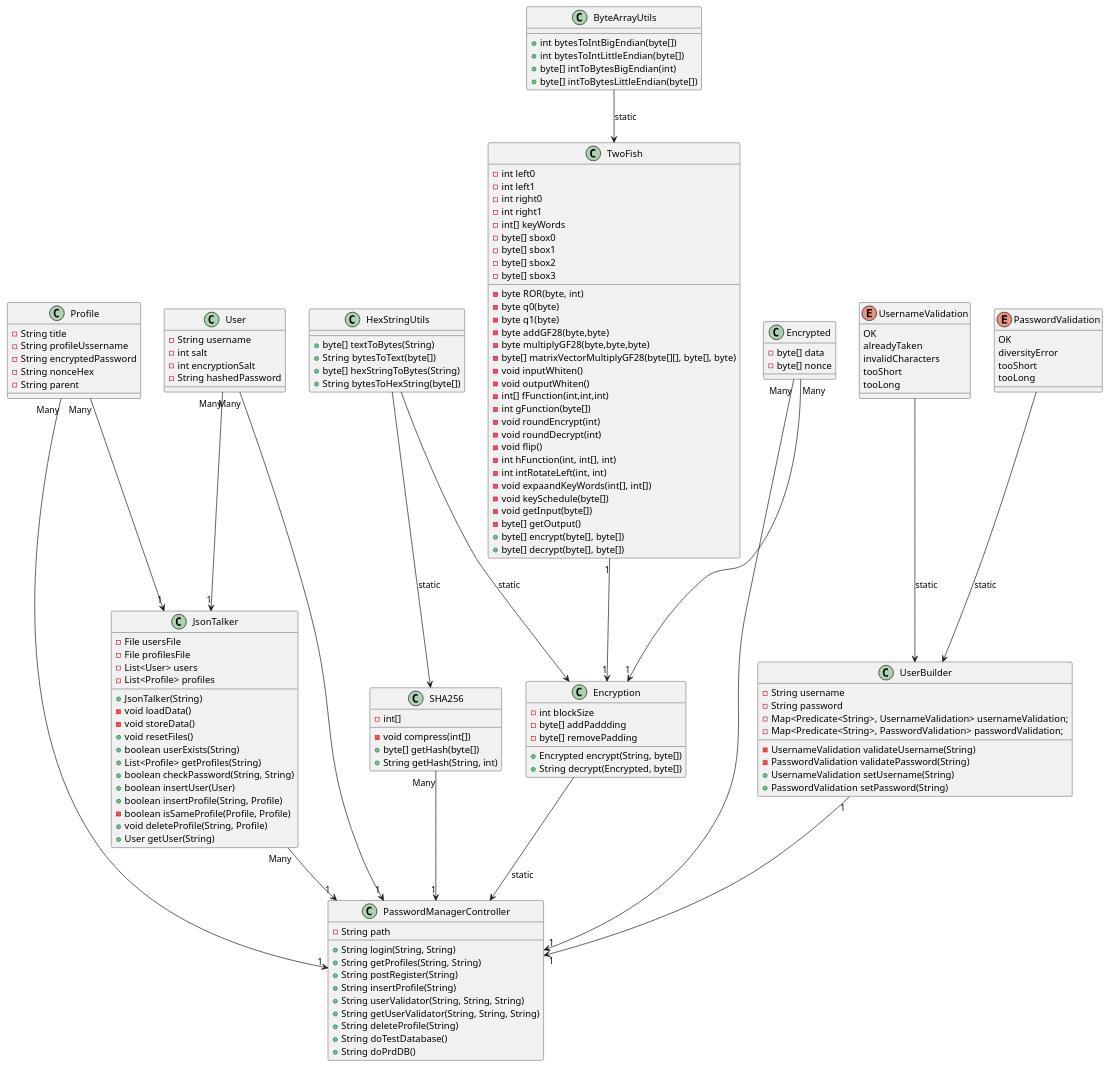
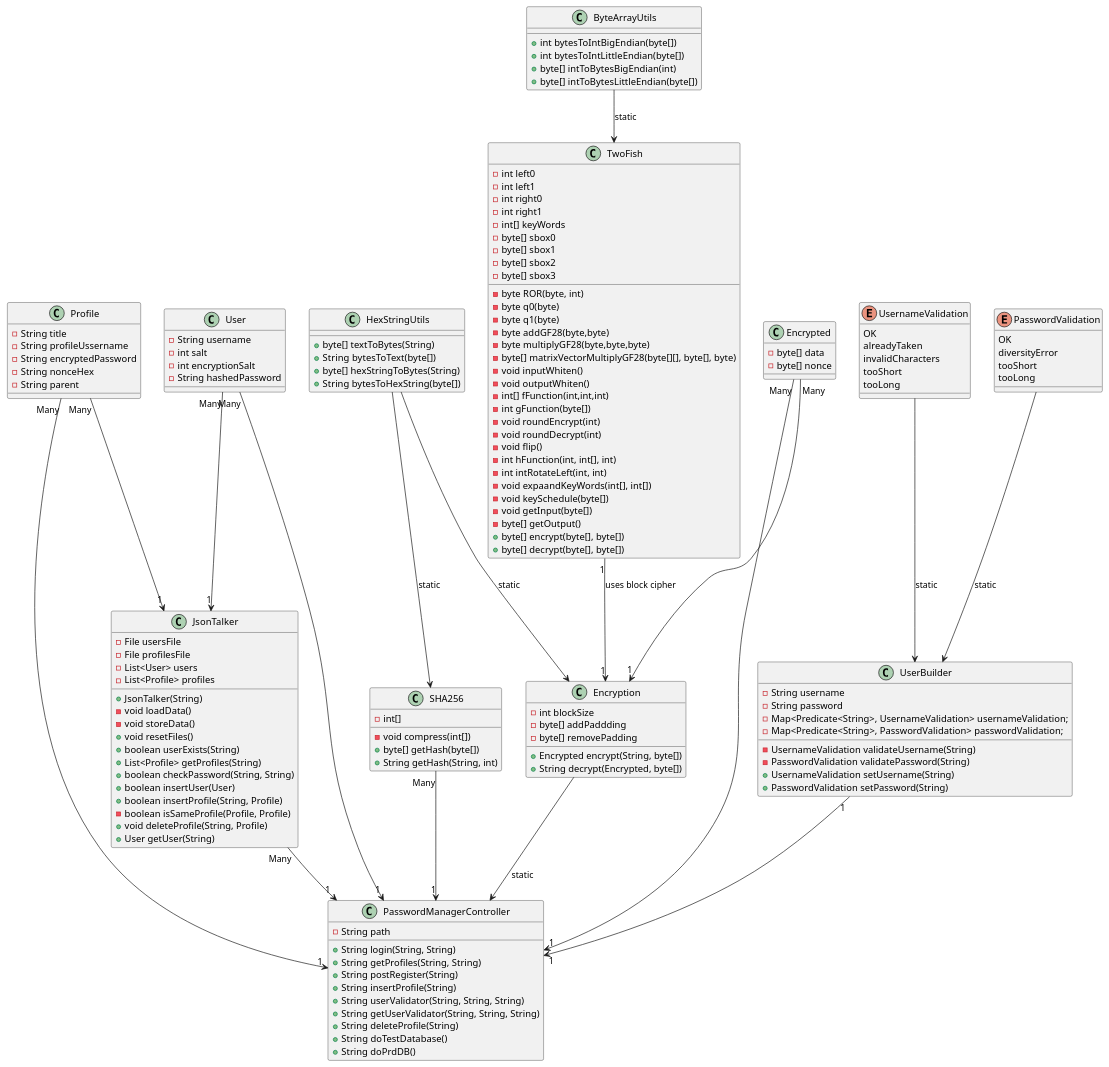
The diagram in docs/project-architecture/PUML-diagrams/ClassDiagram.plantuml (julian-ao/password-manager), drawn with PlantUML before and after one commit. The commit also changed 1 other file, not shown here.

Commit message:
updates to diagrams
Author @sondrkol

Relates #79

```diff
--- a/docs/project-architecture/PUML-diagrams/ClassDiagram.plantuml
+++ b/docs/project-architecture/PUML-diagrams/ClassDiagram.plantuml
@@ -1,176 +1,176 @@
 @startuml
 class PasswordManagerController{
 -String path
 +String login(String, String)
 +String getProfiles(String, String)
 +String postRegister(String)
 +String insertProfile(String)
 +String userValidator(String, String, String)
 +String getUserValidator(String, String, String)
 +String deleteProfile(String)
 +String doTestDatabase()
 +String doPrdDB()
 }
 
 
 class JsonTalker{
 -File usersFile
 -File profilesFile
 -List<User> users
 -List<Profile> profiles
 +JsonTalker(String)
 -void loadData()
 -void storeData()
 +void resetFiles()
 +boolean userExists(String)
 +List<Profile> getProfiles(String)
 +boolean checkPassword(String, String)
 +boolean insertUser(User)
 +boolean insertProfile(String, Profile)
 -boolean isSameProfile(Profile, Profile)
 +void deleteProfile(String, Profile)
 +User getUser(String)
 
 }
 
 class Encryption{
 -int blockSize
 -byte[] addPaddding
 -byte[] removePadding
 +Encrypted encrypt(String, byte[])
 +String decrypt(Encrypted, byte[])
 }
 
 
 class TwoFish{
 -int left0
 -int left1
 -int right0
 -int right1
 -int[] keyWords
 -byte[] sbox0
 -byte[] sbox1
 -byte[] sbox2
 -byte[] sbox3
 -byte ROR(byte, int)
 -byte q0(byte)
 -byte q1(byte)
 -byte addGF28(byte,byte)
 -byte multiplyGF28(byte,byte,byte)
 -byte[] matrixVectorMultiplyGF28(byte[][], byte[], byte)
 -void inputWhiten()
 -void outputWhiten()
 -int[] fFunction(int,int,int)
 -int gFunction(byte[])
 -void roundEncrypt(int)
 -void roundDecrypt(int)
 -void flip()
 -int hFunction(int, int[], int)
 -int intRotateLeft(int, int)
 -void expaandKeyWords(int[], int[])
 -void keySchedule(byte[])
 -void getInput(byte[])
 -byte[] getOutput()
 +byte[] encrypt(byte[], byte[])
 +byte[] decrypt(byte[], byte[])
 }
 
 
 
 class HexStringUtils{
 +byte[] textToBytes(String)
 +String bytesToText(byte[])
 +byte[] hexStringToBytes(String)
 +String bytesToHexString(byte[])
 
 }
 
 class SHA256{
 -int[]
 -void compress(int[])
 +byte[] getHash(byte[])
 +String getHash(String, int)
 
 }
 
 
 
 class ByteArrayUtils{
 +int bytesToIntBigEndian(byte[])
 +int bytesToIntLittleEndian(byte[])
 +byte[] intToBytesBigEndian(int)
 +byte[] intToBytesLittleEndian(byte[])
 }
 
 
 class Encrypted{
 -byte[] data
 -byte[] nonce
 }
 
 
 class Profile{
 -String title
 -String profileUssername
 -String encryptedPassword
 -String nonceHex
 -String parent
 }
 
 
 class User{
 -String username
 -int salt
 -int encryptionSalt
 -String hashedPassword
 }
 
 
 enum PasswordValidation{
 OK
 diversityError
 tooShort
 tooLong
 }
 
 
 
 enum UsernameValidation{
 OK
 alreadyTaken
 invalidCharacters
 tooShort
 tooLong
 }
 
 
 
 class UserBuilder{
 -String username
 -String password
 -Map<Predicate<String>, UsernameValidation> usernameValidation;
 -Map<Predicate<String>, PasswordValidation> passwordValidation;
 -UsernameValidation validateUsername(String)
 -PasswordValidation validatePassword(String)
 +UsernameValidation setUsername(String)
 +PasswordValidation setPassword(String)
 }
 
 
-TwoFish "1" --> "1" Encryption
+TwoFish "1" --> "1" Encryption: uses block cipher
 Encryption -->  PasswordManagerController :static
 JsonTalker "Many" --> "1" PasswordManagerController
 SHA256 "Many" --> "1" PasswordManagerController
 ByteArrayUtils --> TwoFish :static
 HexStringUtils --> Encryption :static
 HexStringUtils --> SHA256 :static
 PasswordValidation --> UserBuilder :static
 UsernameValidation --> UserBuilder :static
 Profile "Many" --> "1" JsonTalker
 User "Many" --> "1" JsonTalker
 UserBuilder "1" --> "1" PasswordManagerController
 User "Many" --> "1" PasswordManagerController
 Profile "Many" --> "1"PasswordManagerController
 Encrypted "Many" --> "1" PasswordManagerController
 Encrypted "Many" --> "1" Encryption
 @enduml
```
